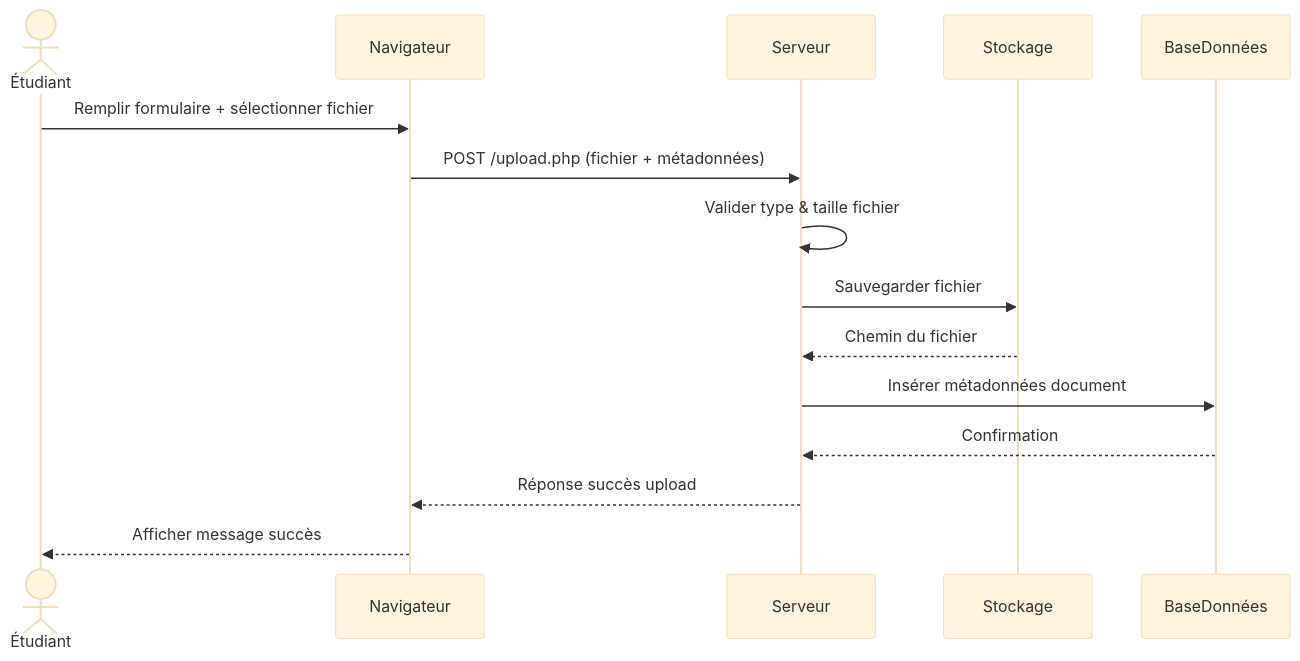
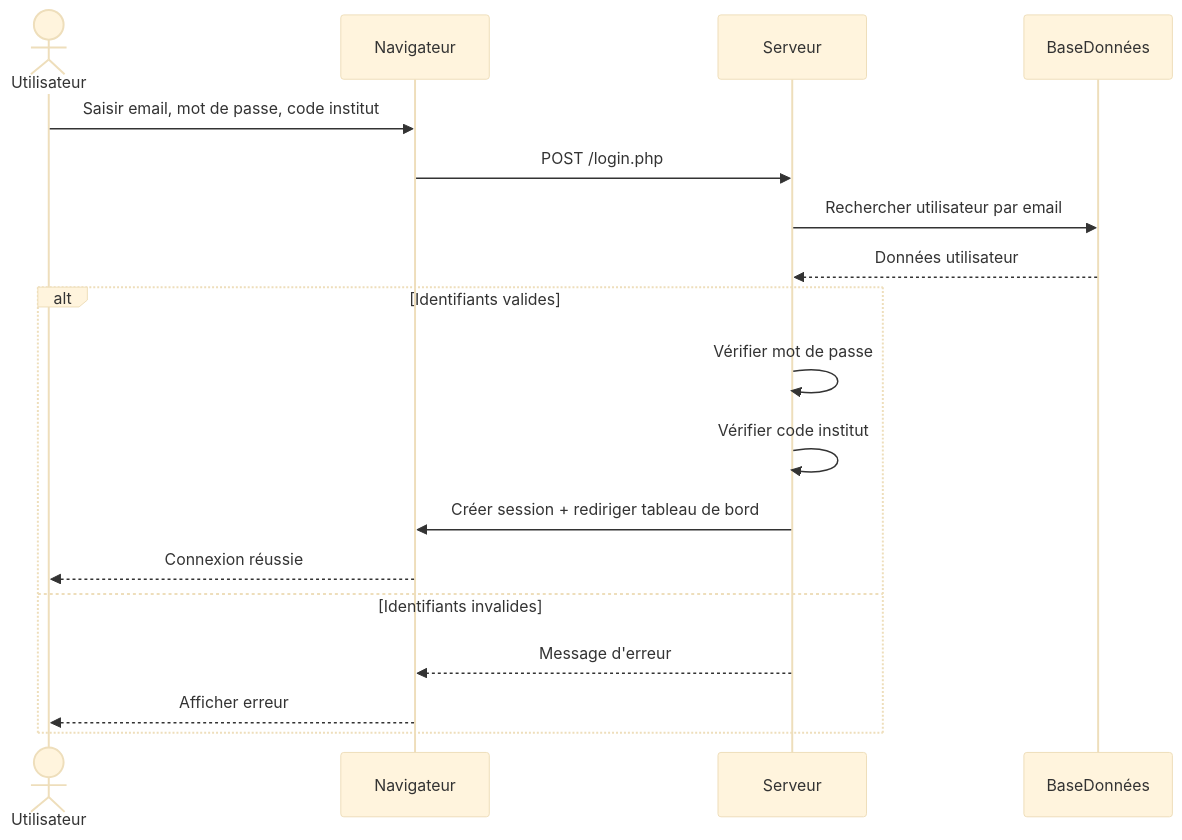
One commit to quinn618/WebProject changed the diagram in conception/loginSeq.md. Above: the diagram before and after it, drawn with Mermaid (base theme). The commit also changed other lines of this file, not shown here.

Commit message:
Update sequence diagram for login process

````diff
--- a/conception/loginSeq.md
+++ b/conception/loginSeq.md
@@ -3,21 +3,23 @@
 ```mermaid
 sequenceDiagram
-actor Étudiant
+actor Utilisateur
 participant Navigateur
 participant Serveur
-participant Stockage
 participant BaseDonnées
 
-Étudiant->>Navigateur: Remplir formulaire + sélectionner fichier
-Navigateur->>Serveur: POST /upload.php (fichier + métadonnées)
+Utilisateur->>Navigateur: Saisir email, mot de passe, code institut
+Navigateur->>Serveur: POST /login.php
 
-Serveur->>Serveur: Valider type & taille fichier
-Serveur->>Stockage: Sauvegarder fichier
-Stockage-->>Serveur: Chemin du fichier
+Serveur->>BaseDonnées: Rechercher utilisateur par email
+BaseDonnées-->>Serveur: Données utilisateur
 
-Serveur->>BaseDonnées: Insérer métadonnées document
-BaseDonnées-->>Serveur: Confirmation
-
-Serveur-->>Navigateur: Réponse succès upload
-Navigateur-->>Étudiant: Afficher message succès
+alt Identifiants valides
+    Serveur->>Serveur: Vérifier mot de passe
+    Serveur->>Serveur: Vérifier code institut
+    Serveur->>Navigateur: Créer session + rediriger tableau de bord
+    Navigateur-->>Utilisateur: Connexion réussie
+else Identifiants invalides
+    Serveur-->>Navigateur: Message d'erreur
+    Navigateur-->>Utilisateur: Afficher erreur
+end
 ```
````
